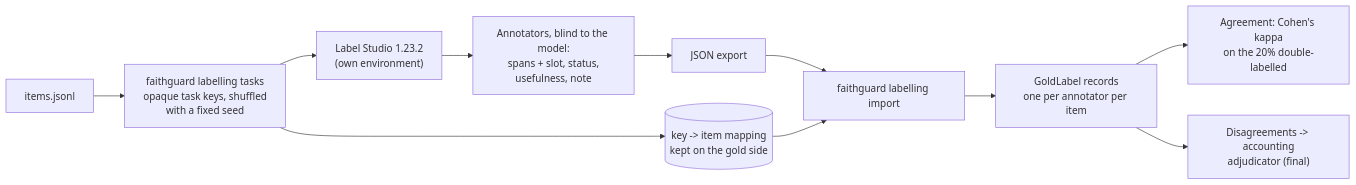
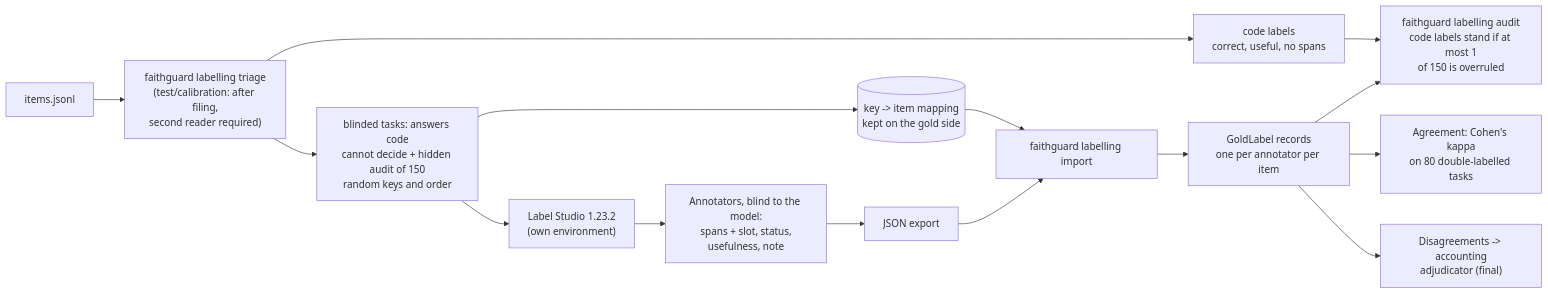
One commit to SharafThawfeek/FaithGurd-new changed diagram 29 of 32 in docs/architecture.md. Above: the diagram before and after it, drawn with Mermaid. The commit also changed other lines of this file and 15 other files, not shown here.

````diff
--- a/docs/architecture.md
+++ b/docs/architecture.md
@@ -872,13 +872,17 @@
 ```mermaid
 flowchart LR
-    IT["items.jsonl"] --> TK["faithguard labelling tasks<br/>opaque task keys, shuffled<br/>with a fixed seed"]
+    IT["items.jsonl"] --> TR["faithguard labelling triage<br/>(test/calibration: after filing,<br/>second reader required)"]
+    TR --> CL["code labels<br/>correct, useful, no spans"]
+    TR --> TK["blinded tasks: answers code<br/>cannot decide + hidden audit of 150<br/>random keys and order"]
     TK --> KEY[("key -> item mapping<br/>kept on the gold side")]
     TK --> LS["Label Studio 1.23.2<br/>(own environment)"]
     LS --> AN["Annotators, blind to the model:<br/>spans + slot, status,<br/>usefulness, note"]
     AN --> EXP["JSON export"]
     EXP --> IMP["faithguard labelling import"]
     KEY --> IMP
     IMP --> GL["GoldLabel records<br/>one per annotator per item"]
-    GL --> AGR["Agreement: Cohen's kappa<br/>on the 20% double-labelled"]
+    GL --> AUD["faithguard labelling audit<br/>code labels stand if at most 1<br/>of 150 is overruled"]
+    CL --> AUD
+    GL --> AGR["Agreement: Cohen's kappa<br/>on 80 double-labelled tasks"]
     GL --> ADJ["Disagreements -> accounting<br/>adjudicator (final)"]
 ```
````
